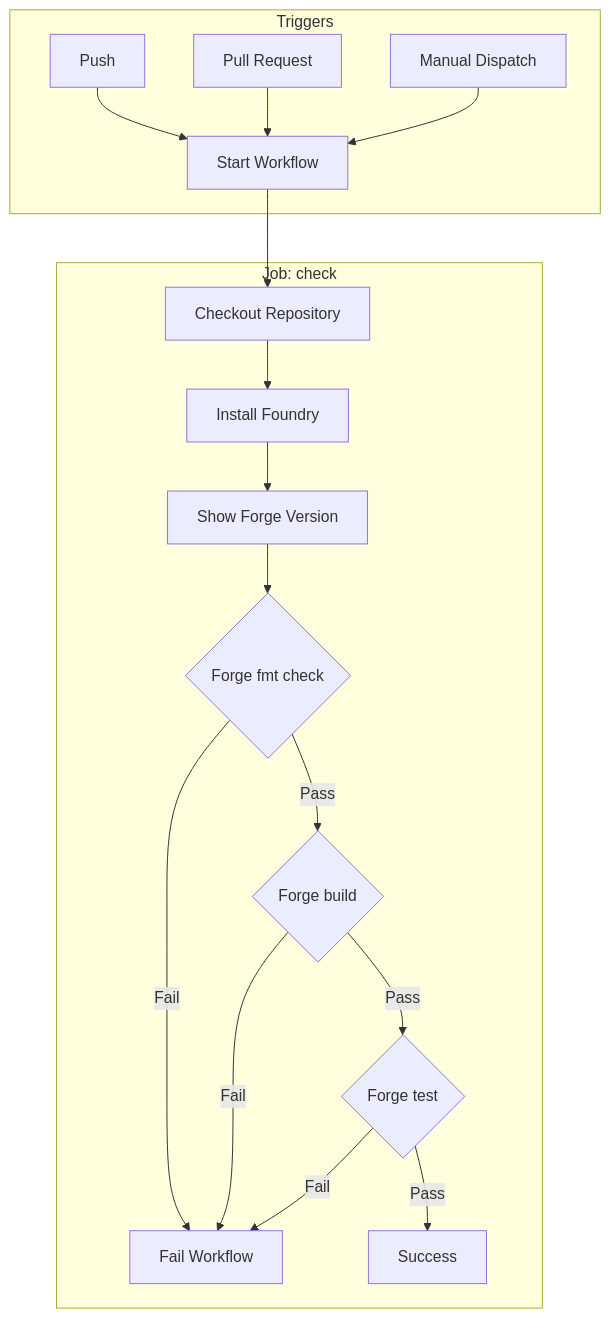
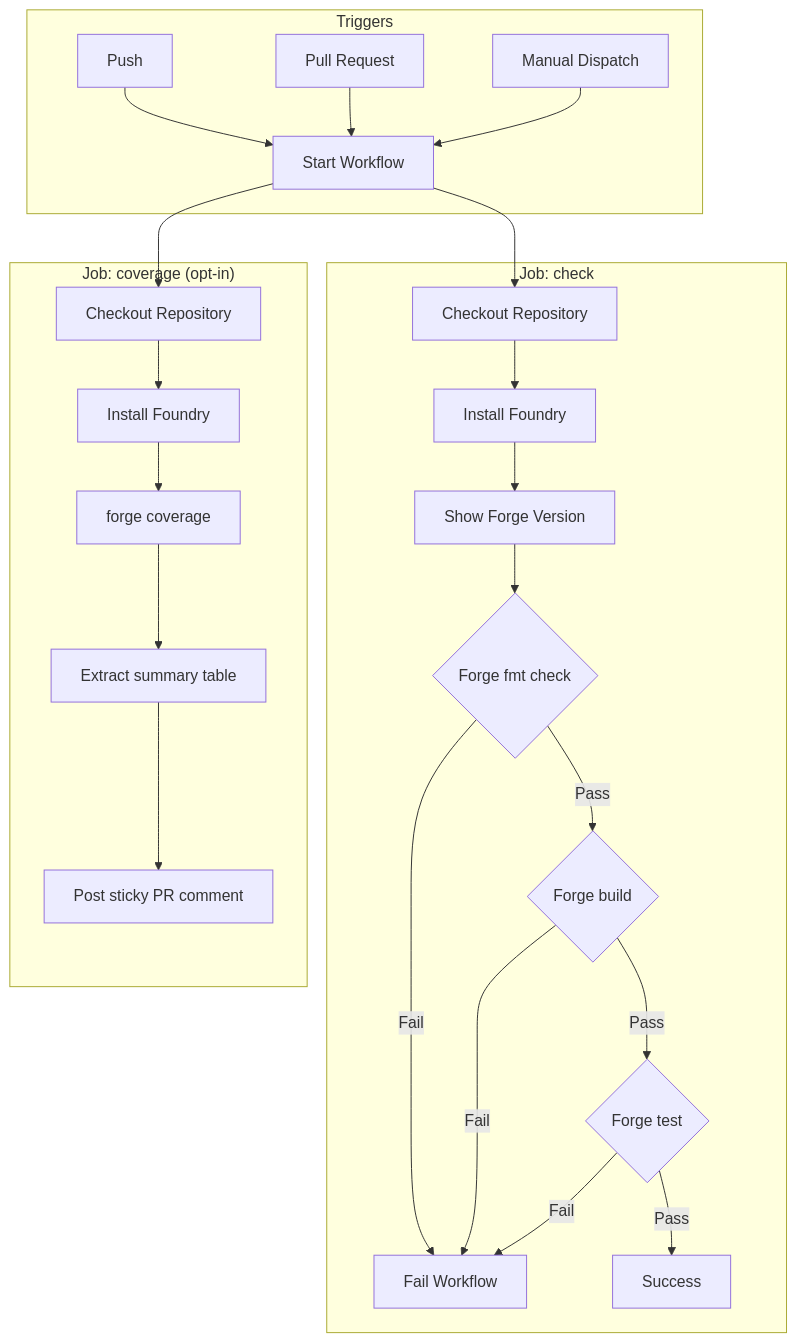
One commit to BreadchainCoop/etherform changed the sixth of 6 diagrams in docs/specs/ci-cd-automated-deployments.md. Above: the diagram before and after it, drawn with Mermaid. The commit also changed other lines of this file and 3 other files, not shown here.

First line of the commit message:
feat: add coverage report job to CI workflows

````diff
--- a/docs/specs/ci-cd-automated-deployments.md
+++ b/docs/specs/ci-cd-automated-deployments.md
@@ -675,21 +675,29 @@
 ```mermaid
 flowchart TD
     subgraph Triggers
         A[Push] --> B[Start Workflow]
         C[Pull Request] --> B
         D[Manual Dispatch] --> B
     end
 
     subgraph Job: check
         B --> E[Checkout Repository]
         E --> F[Install Foundry]
         F --> G[Show Forge Version]
         G --> H{Forge fmt check}
         H -->|Pass| I{Forge build}
         H -->|Fail| X[Fail Workflow]
         I -->|Pass| J{Forge test}
         I -->|Fail| X
         J -->|Pass| K[Success]
         J -->|Fail| X
     end
+
+    subgraph "Job: coverage (opt-in)"
+        B --> COV1[Checkout Repository]
+        COV1 --> COV2[Install Foundry]
+        COV2 --> COV3[forge coverage]
+        COV3 --> COV4[Extract summary table]
+        COV4 --> COV5[Post sticky PR comment]
+    end
 ```
````
